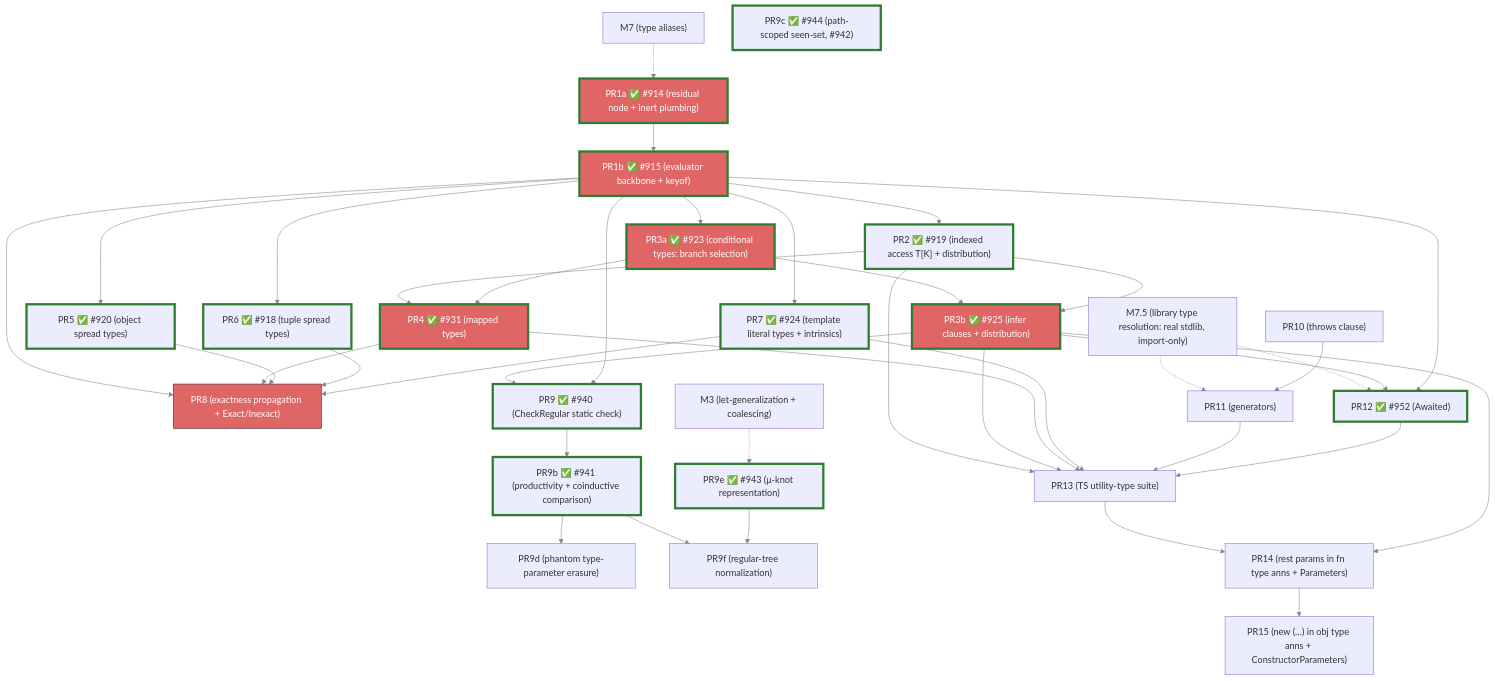
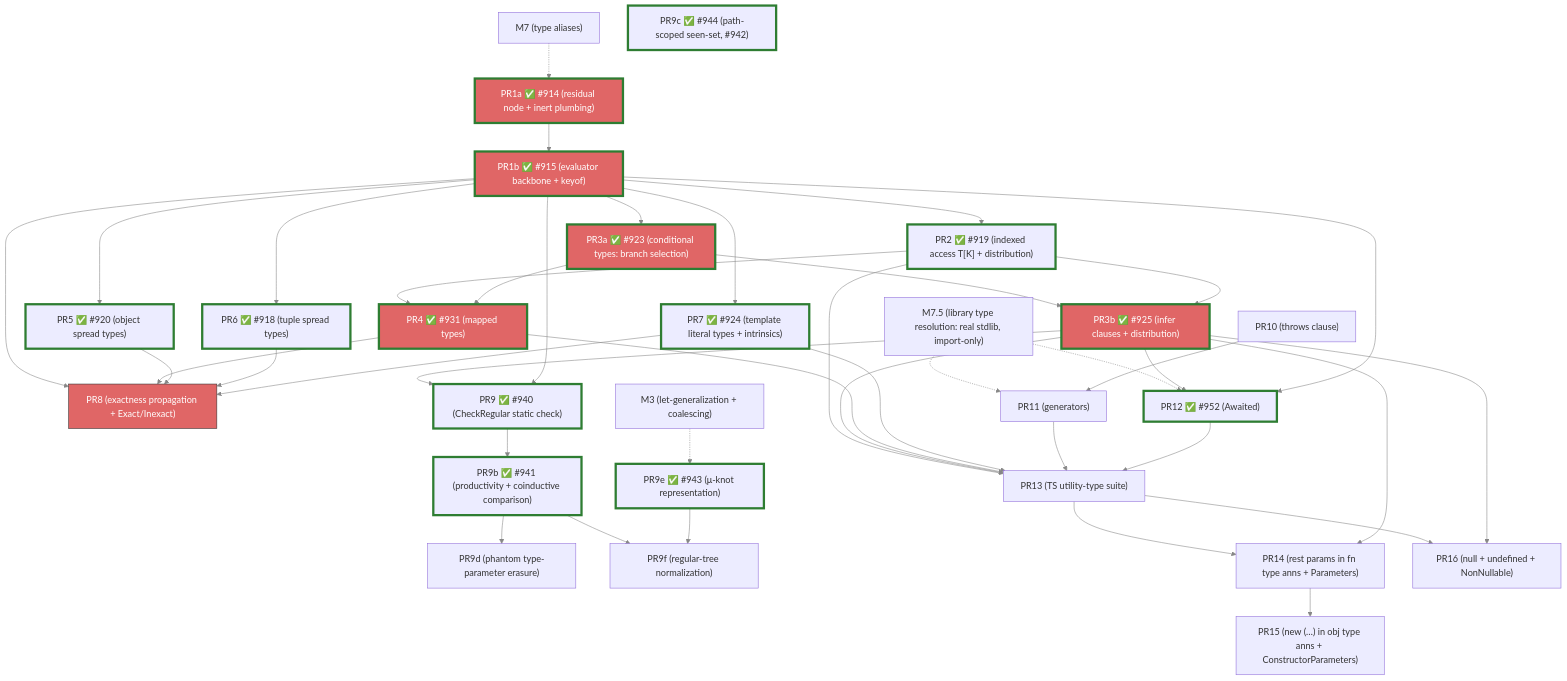
The diagram in planning/simple_sub/m9-implementation-plan.md (escalier-lang/escalier), drawn with Mermaid before and after one commit. The commit also changed other lines of this file and 1 other file, not shown here.

First line of the commit message:
Plan PR16 for null, undefined, and NonNullable<T>

```diff
--- a/planning/simple_sub/m9-implementation-plan.md
+++ b/planning/simple_sub/m9-implementation-plan.md
@@ -1111,6 +1207,7 @@
     PR13["PR13 (TS utility-type suite)"]
     PR14["PR14 (rest params in fn type anns + Parameters<F>)"]
     PR15["PR15 (new (…) in obj type anns + ConstructorParameters<C>)"]
+    PR16["PR16 (null + undefined + NonNullable<T>)"]
 
     M7 -.-> PR1a
     M75 -.-> PR11
@@ -1150,6 +1247,8 @@
     PR13 --> PR14
     PR3b --> PR14
     PR14 --> PR15
+    PR13 --> PR16
+    PR3b --> PR16
 
     linkStyle default stroke:#888
     style PR1a fill:#e06666,stroke:#2e7d32,stroke-width:4px,color:#fff
```
